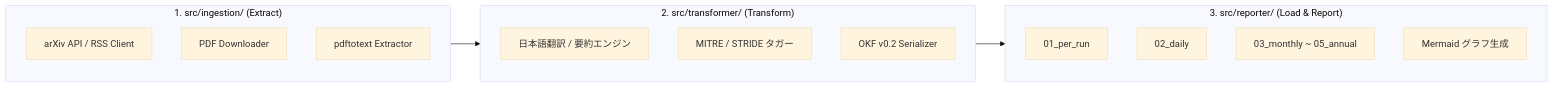
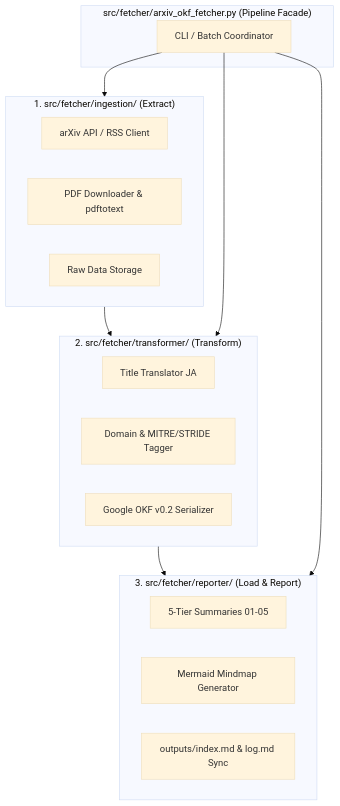
Before and after one commit to rokujyouhitoma/arxiv-security-papers: the diagram in docs/issues/031-refactor-fetcher-into-etl-pipeline-architecture.md, drawn with Mermaid (base theme). The commit also changed other lines of this file and 642 other files, not shown here.

First line of the commit message:
feat(031): Refactor fetcher into ETL 3-tier pipeline architecture (Ingestion/Transformer/Reporter)

````diff
--- a/docs/issues/031-refactor-fetcher-into-etl-pipeline-architecture.md
+++ b/docs/issues/031-refactor-fetcher-into-etl-pipeline-architecture.md
@@ -16,23 +19,29 @@
 ```mermaid
-graph LR
-    subgraph Ingestion["1. src/ingestion/ (Extract)"]
+graph TD
+    subgraph Ingestion["1. src/fetcher/ingestion/ (Extract)"]
         API[arXiv API / RSS Client]
-        PDF[PDF Downloader]
-        TXT[pdftotext Extractor]
+        PDF[PDF Downloader & pdftotext]
+        RawStore[Raw Data Storage]
     end
 
-    subgraph Transformer["2. src/transformer/ (Transform)"]
-        NLP[日本語翻訳 / 要約エンジン]
-        Taxonomy[MITRE / STRIDE タガー]
-        OKF[OKF v0.2 Serializer]
+    subgraph Transformer["2. src/fetcher/transformer/ (Transform)"]
+        Trans[Title Translator JA]
+        Taxonomy[Domain & MITRE/STRIDE Tagger]
+        OKF[Google OKF v0.2 Serializer]
     end
 
-    subgraph Reporter["3. src/reporter/ (Load & Report)"]
-        Run[01_per_run]
-        Daily[02_daily]
-        Trend[03_monthly ~ 05_annual]
-        Mermaid[Mermaid グラフ生成]
+    subgraph Reporter["3. src/fetcher/reporter/ (Load & Report)"]
+        Tier5[5-Tier Summaries 01-05]
+        MermaidGen[Mermaid Mindmap Generator]
+        IndexLog[outputs/index.md & log.md Sync]
+    end
+
+    subgraph Coordinator["src/fetcher/arxiv_okf_fetcher.py (Pipeline Facade)"]
+        CLI[CLI / Batch Coordinator]
     end
 
     Ingestion --> Transformer --> Reporter
+    CLI --> Ingestion
+    CLI --> Transformer
+    CLI --> Reporter
 ```
````
